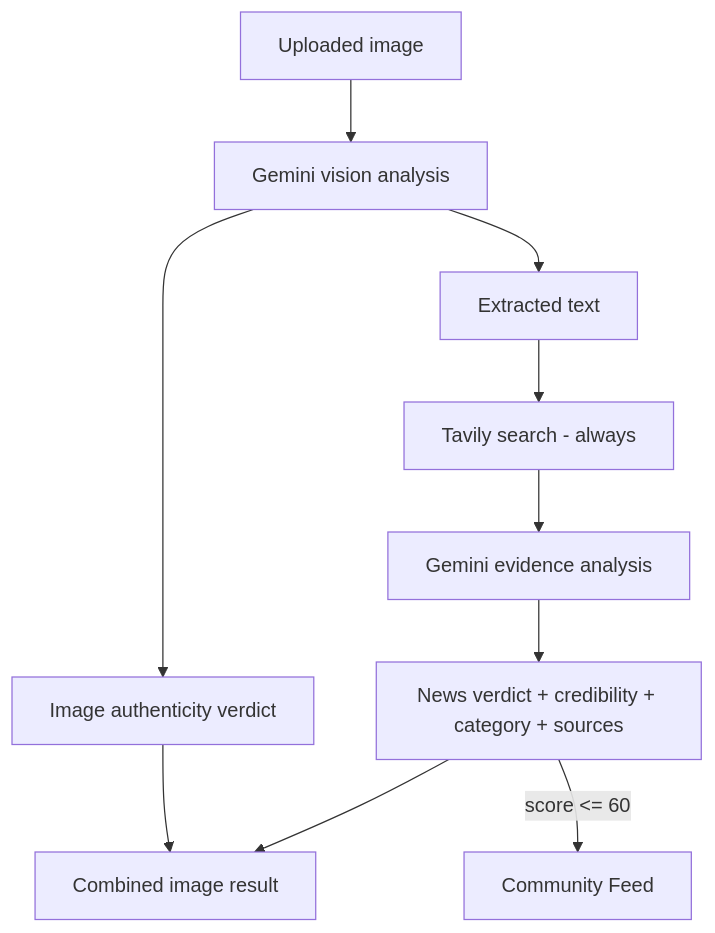
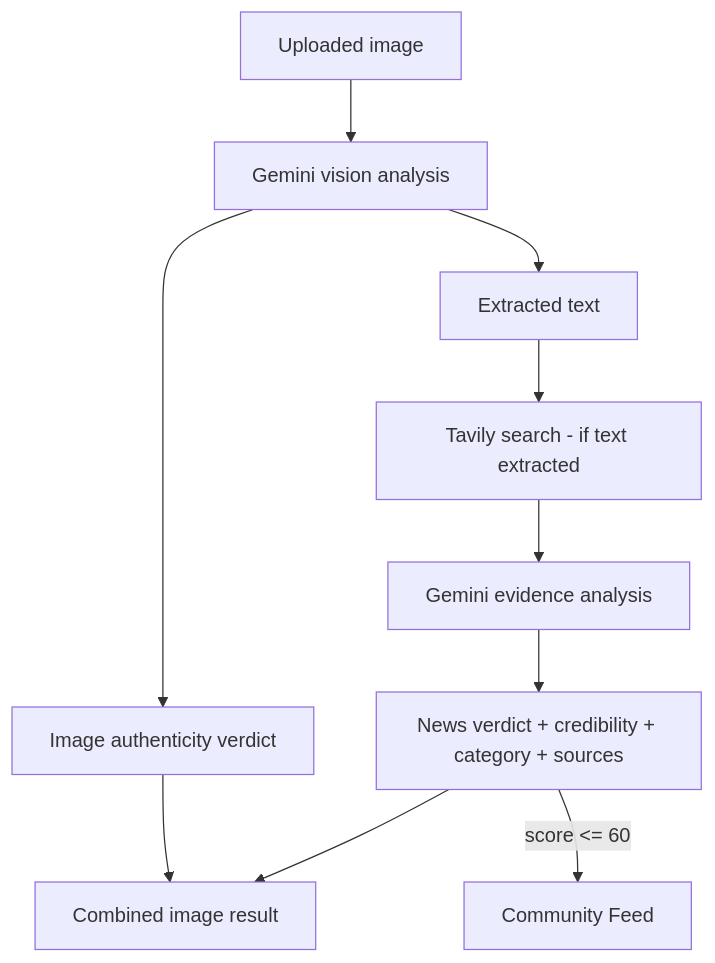
The third of 4 diagrams in README.md (Mohit-R-04/FactShare), drawn with Mermaid before and after one commit. The commit also changed other lines of this file and 24 other files, not shown here.

````diff
--- a/README.md
+++ b/README.md
@@ -273,12 +306,12 @@
 ```mermaid
 flowchart TD
     I[Uploaded image] --> V[Gemini vision analysis]
     V --> E[Extracted text]
     V --> A[Image authenticity verdict]
-    E --> T[Tavily search - always]
+    E --> T[Tavily search - if text extracted]
     T --> G[Gemini evidence analysis]
     G --> N[News verdict + credibility + category + sources]
     A --> R[Combined image result]
     N --> R
     N -->|score <= 60| C[Community Feed]
 ```
````
